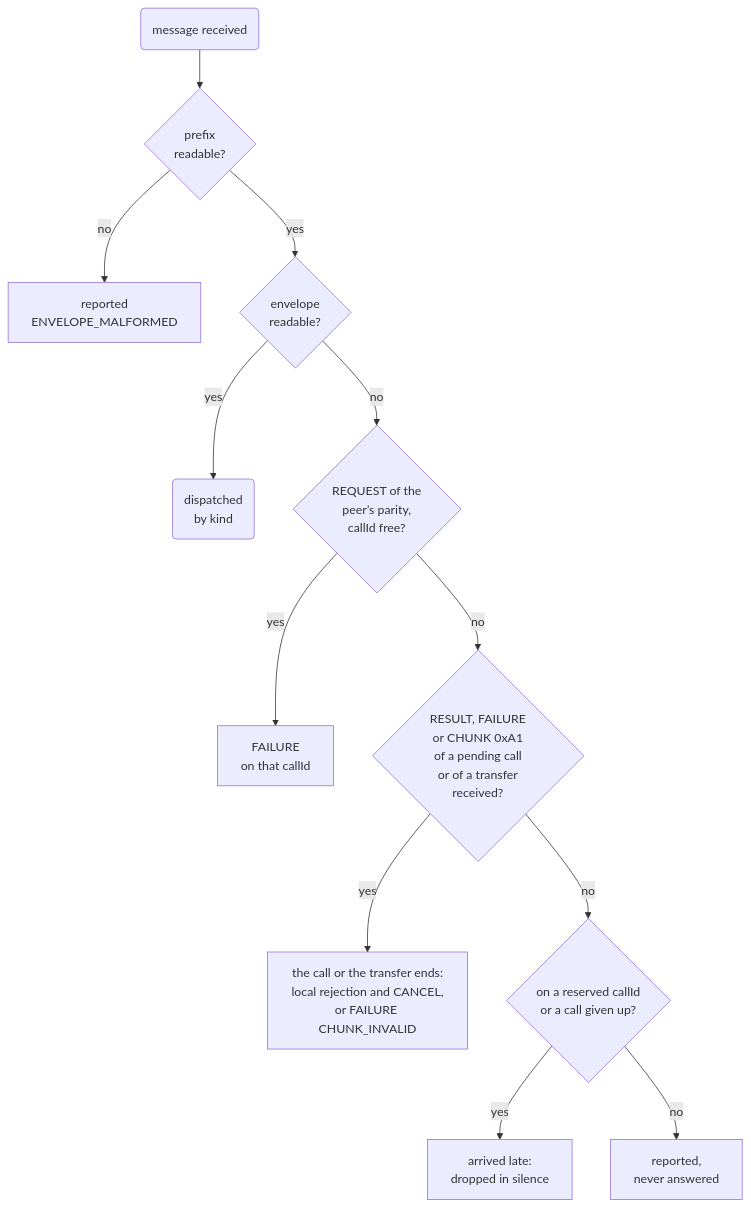
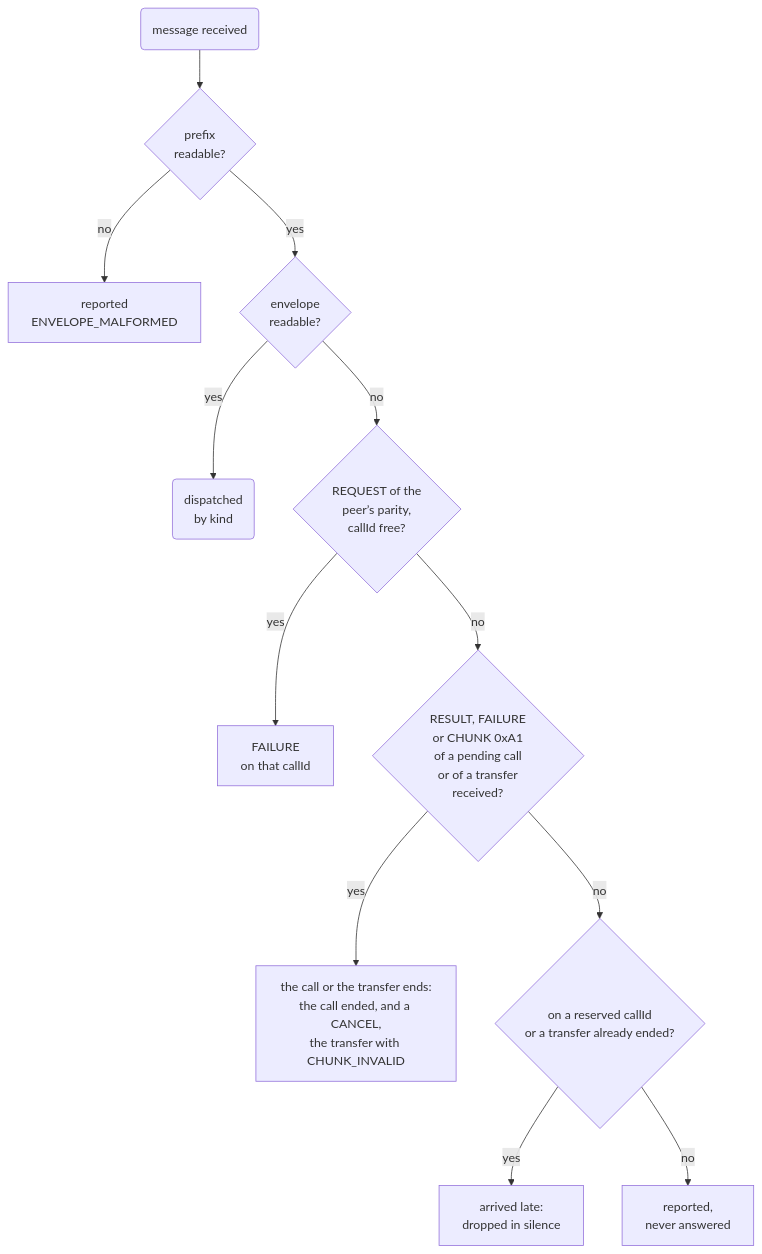
The diagram in site/diagrams/en/gate.mmd (francisdesjardins/bead), drawn with Mermaid before and after one commit. The commit also changed 13 other files, not shown here.

```diff
--- a/site/diagrams/en/gate.mmd
+++ b/site/diagrams/en/gate.mmd
@@ -1,12 +1,12 @@
 flowchart TD
   rx("message received") --> pre{"prefix<br/>readable?"}
   pre -- no --> rep1["reported<br/>ENVELOPE_MALFORMED"]
   pre -- yes --> rd{"envelope<br/>readable?"}
   rd -- yes --> ok("dispatched<br/>by kind")
   rd -- no --> gate{"REQUEST of the<br/>peer’s parity,<br/>callId free?"}
   gate -- yes --> ans["FAILURE<br/>on that callId"]
   gate -- no --> set{"RESULT, FAILURE<br/>or CHUNK 0xA1<br/>of a pending call<br/>or of a transfer<br/>received?"}
-  set -- yes --> loc["the call or the transfer ends:<br/>local rejection and CANCEL,<br/>or FAILURE CHUNK_INVALID"]
-  set -- no --> late{"on a reserved callId<br/>or a call given up?"}
+  set -- yes --> loc["the call or the transfer ends:<br/>the call ended, and a CANCEL,<br/>the transfer with CHUNK_INVALID"]
+  set -- no --> late{"on a reserved callId<br/>or a transfer already ended?"}
   late -- yes --> quiet["arrived late:<br/>dropped in silence"]
   late -- no --> rep2["reported,<br/>never answered"]
```
